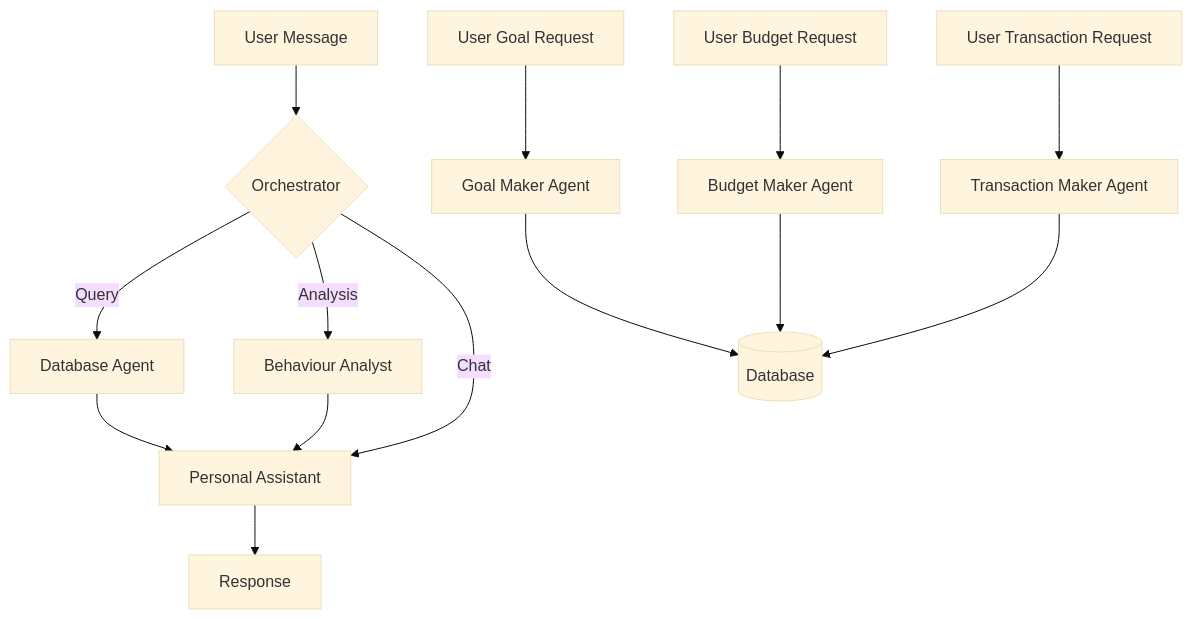
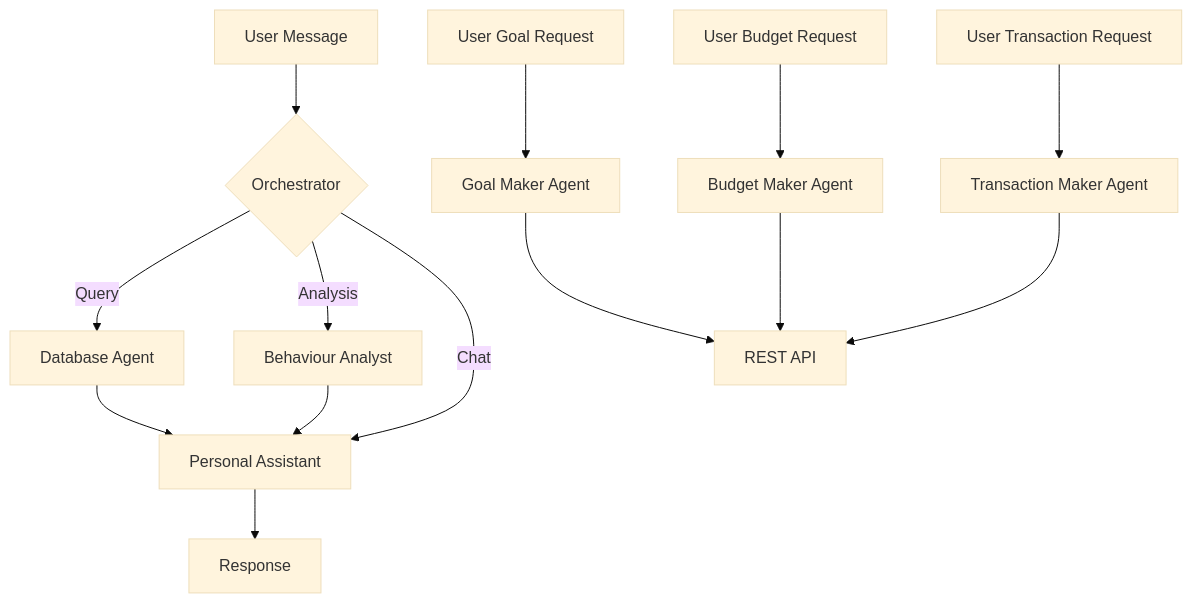
One commit to Apo-Eclipse/Grad changed the first of 3 diagrams in README.md. Above: the diagram before and after it, drawn with Mermaid (base theme). The commit also changed other lines of this file and 5 other files, not shown here.

Commit message:
feat: update budget maker agent introducting edit to it and comprehensive API documentation with new endpoints for financial management.

````diff
--- a/README.md
+++ b/README.md
@@ -31,19 +31,19 @@
 ```mermaid
 graph TD
     User[User Message] --> Router{Orchestrator}
     Router -->|Query| DBAgent[Database Agent]
     Router -->|Analysis| Analyst[Behaviour Analyst]
     Router -->|Chat| Chat[Personal Assistant]
     DBAgent --> Chat
     Analyst --> Chat
     Chat --> Final[Response]
     
     User2[User Goal Request] --> GoalMaker[Goal Maker Agent]
-    GoalMaker --> DB[(Database)]
+    GoalMaker --> API[REST API]
 
     User3[User Budget Request] --> BudgetMaker[Budget Maker Agent]
-    BudgetMaker --> DB
+    BudgetMaker --> API
 
     User4[User Transaction Request] --> TransactionMaker[Transaction Maker Agent]
-    TransactionMaker --> DB
+    TransactionMaker --> API
 ```
````
